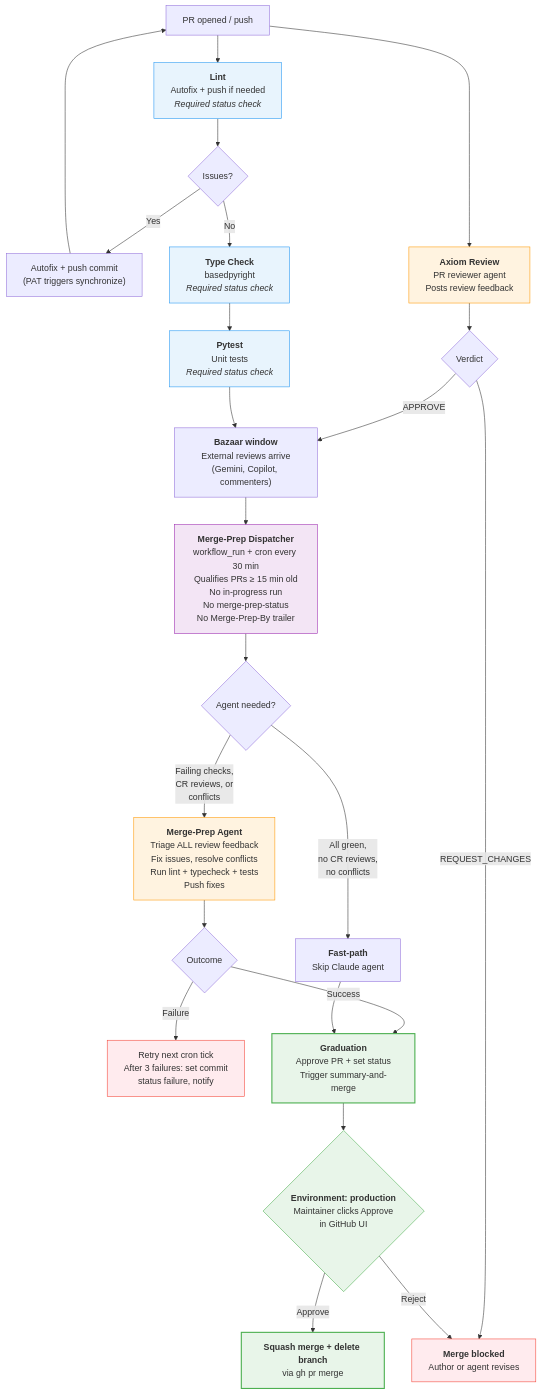
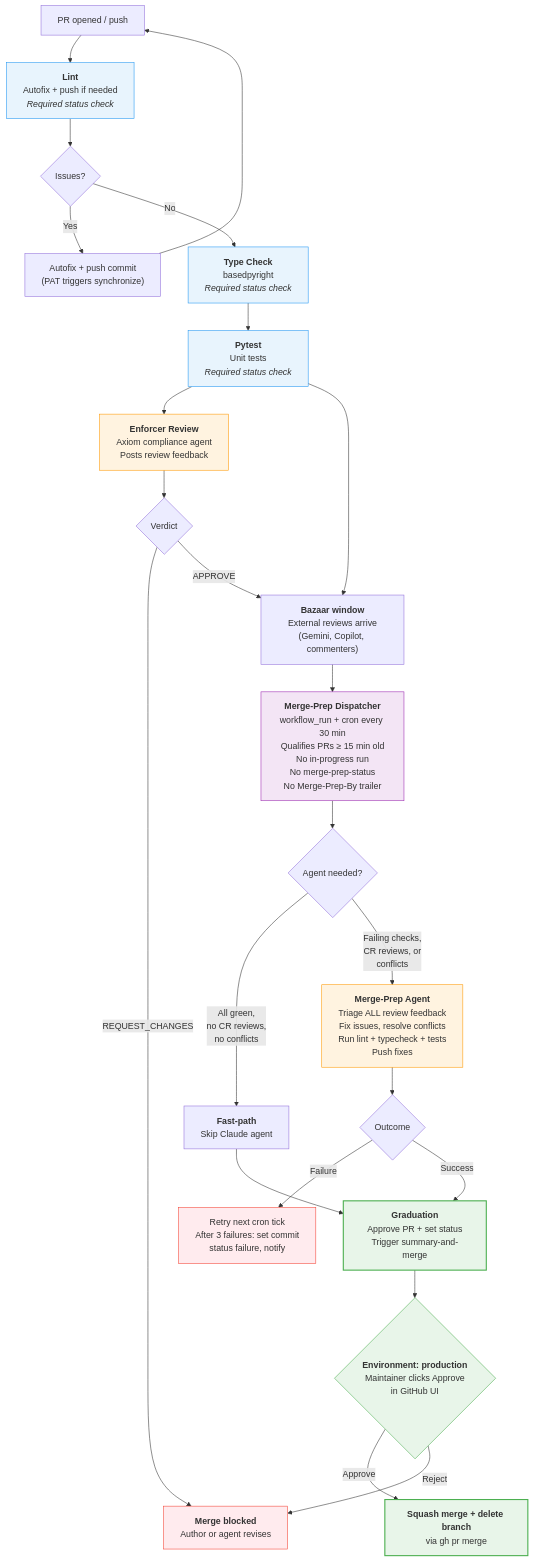
Before and after one commit to nicsuzor/academicOps: the diagram in specs/pr-pipeline.md, drawn with Mermaid. The commit also changed other lines of this file and 6 other files, not shown here.

````diff
--- a/specs/pr-pipeline.md
+++ b/specs/pr-pipeline.md
@@ -45,61 +44,61 @@
 ```mermaid
 flowchart TD
     PR["PR opened / push"]
 
     %% CI Pipeline (sequential)
     PR --> Lint["<b>Lint</b><br/>Autofix + push if needed<br/><i>Required status check</i>"]
 
     Lint --> LintFix{Issues?}
     LintFix -- Yes --> AutoFix["Autofix + push commit<br/>(PAT triggers synchronize)"]
     AutoFix --> PR
     LintFix -- No --> TC["<b>Type Check</b><br/>basedpyright<br/><i>Required status check</i>"]
 
     TC --> Test["<b>Pytest</b><br/>Unit tests<br/><i>Required status check</i>"]
 
-    %% Axiom Review (independent workflow)
-    PR --> AR["<b>Axiom Review</b><br/>PR reviewer agent<br/>Posts review feedback"]
+    %% Enforcer (fires after CI completes)
+    Test --> AR["<b>Enforcer Review</b><br/>Axiom compliance agent<br/>Posts review feedback"]
 
     AR --> ARV{Verdict}
     ARV -- REQUEST_CHANGES --> Blocked["<b>Merge blocked</b><br/>Author or agent revises"]
     ARV -- APPROVE --> Phase2
 
     Test --> Phase2["<b>Bazaar window</b><br/>External reviews arrive<br/>(Gemini, Copilot, commenters)"]
 
     %% Phase 2: Cron — no human trigger needed
     Phase2 --> Cron
 
     Cron["<b>Merge-Prep Dispatcher</b><br/>workflow_run + cron every 30 min<br/>Qualifies PRs ≥ 15 min old<br/>No in-progress run<br/>No merge-prep-status<br/>No Merge-Prep-By trailer"]
 
     Cron --> MPCheck{Agent needed?}
     MPCheck -- "All green,<br/>no CR reviews,<br/>no conflicts" --> FastPath["<b>Fast-path</b><br/>Skip Claude agent"]
     MPCheck -- "Failing checks,<br/>CR reviews, or<br/>conflicts" --> MP["<b>Merge-Prep Agent</b><br/>Triage ALL review feedback<br/>Fix issues, resolve conflicts<br/>Run lint + typecheck + tests<br/>Push fixes"]
 
     MP --> MPV{Outcome}
     MPV -- Failure --> RetryOrEscalate["Retry next cron tick<br/>After 3 failures: set commit<br/>status failure, notify"]
     MPV -- Success --> Graduate
     FastPath --> Graduate
 
     Graduate["<b>Graduation</b><br/>Approve PR + set status<br/>Trigger summary-and-merge"]
 
     %% Phase 3: Environment gate
     Graduate --> EnvGate{"<b>Environment: production</b><br/>Maintainer clicks Approve<br/>in GitHub UI"}
     EnvGate -- "Approve" --> Merge
     EnvGate -- "Reject" --> Blocked
 
     %% Phase 4: Merge
     Merge["<b>Squash merge + delete branch</b><br/>via gh pr merge"]
 
     %% Styling
     classDef check fill:#e8f4fd,stroke:#2196f3
     classDef agent fill:#fff3e0,stroke:#ff9800
     classDef human fill:#e8f5e9,stroke:#4caf50
     classDef success fill:#e8f5e9,stroke:#4caf50,stroke-width:2px
     classDef fail fill:#ffebee,stroke:#f44336
     classDef cron fill:#f3e5f5,stroke:#9c27b0
     class Lint,TC,Test check
     class AR,MP,AgentFix agent
     class EnvGate human
     class Merge,Graduate success
     class Blocked,RetryOrEscalate fail
     class Cron cron
 ```
````
